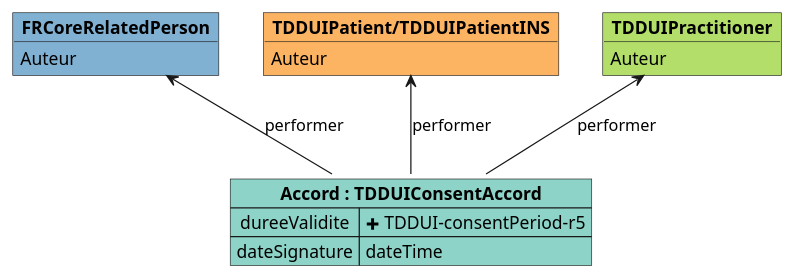
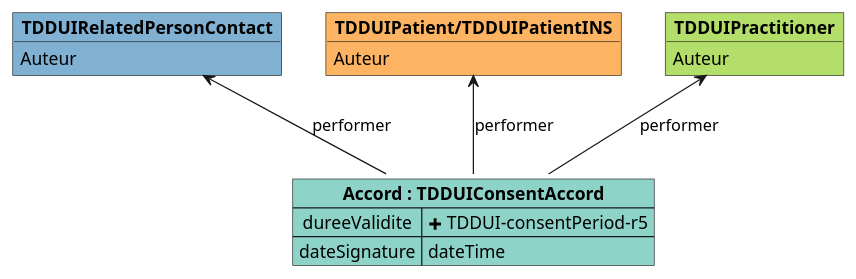
One commit to ansforge/IG-fhir-medicosocial-transfert-donnees-dui changed the diagram in input/images-source/mapping_TDDUIConsentAccord.plantuml. Above: the diagram before and after it, drawn with PlantUML. The commit also changed 18 other files, not shown here.

```diff
--- a/input/images-source/mapping_TDDUIConsentAccord.plantuml
+++ b/input/images-source/mapping_TDDUIConsentAccord.plantuml
@@ -1,24 +1,24 @@
 @startuml
 
 object "**TDDUIPractitioner**" as TDDUIPractitioner #b3de69 {
     Auteur
 }
 
 object "**TDDUIPatient/TDDUIPatientINS**" as TDDUIPatient_subject #fdb462 {
     Auteur
 }
 
-object "**FRCoreRelatedPerson**" as FRCoreRelatedPerson #80b1d3 {
+object "**TDDUIRelatedPersonContact**" as TDDUIRelatedPersonContact #80b1d3 {
     Auteur
 }
 
 map "**Accord : TDDUIConsentAccord**" as Accord #8dd3c7 {
     dureeValidite => <&plus> TDDUI-consentPeriod-r5
     dateSignature => dateTime
 }
 
 Accord -u-> TDDUIPractitioner : performer
 Accord -u-> TDDUIPatient_subject : performer
-Accord -u-> FRCoreRelatedPerson : performer
+Accord -u-> TDDUIRelatedPersonContact : performer
 
 @enduml
```
